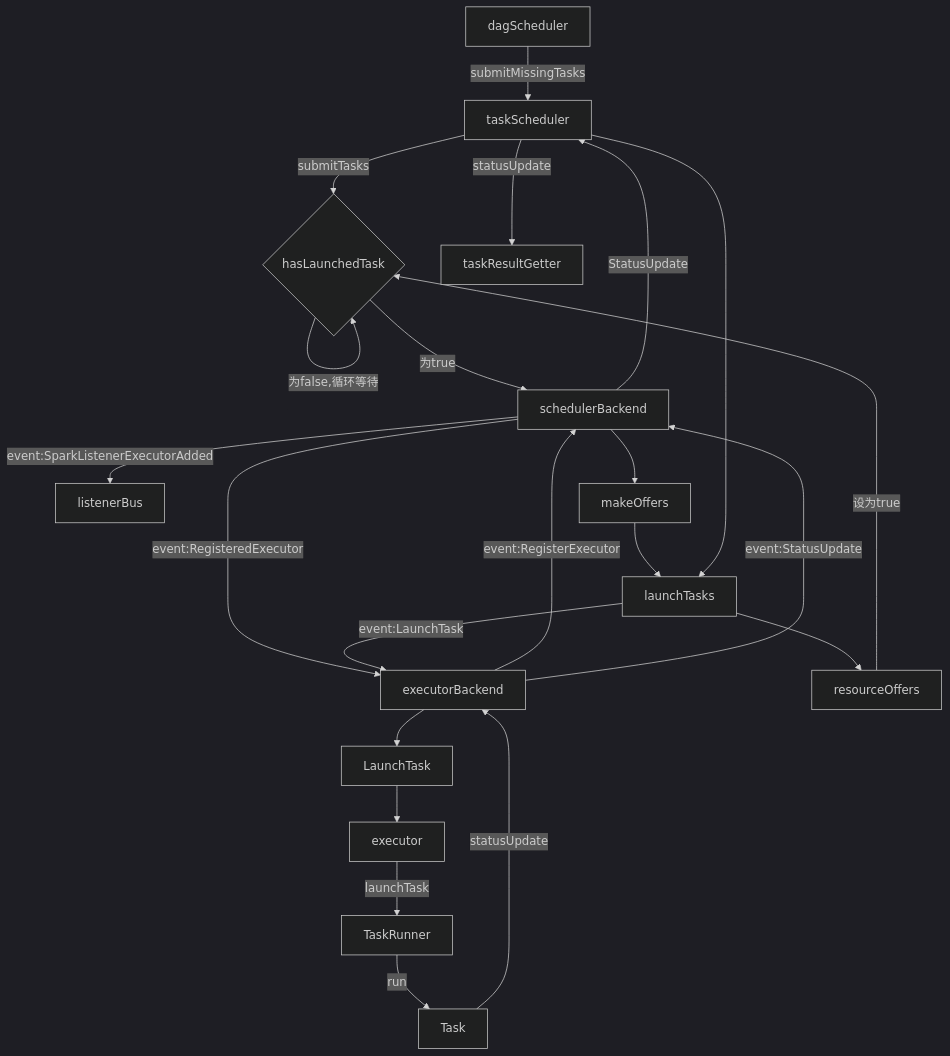
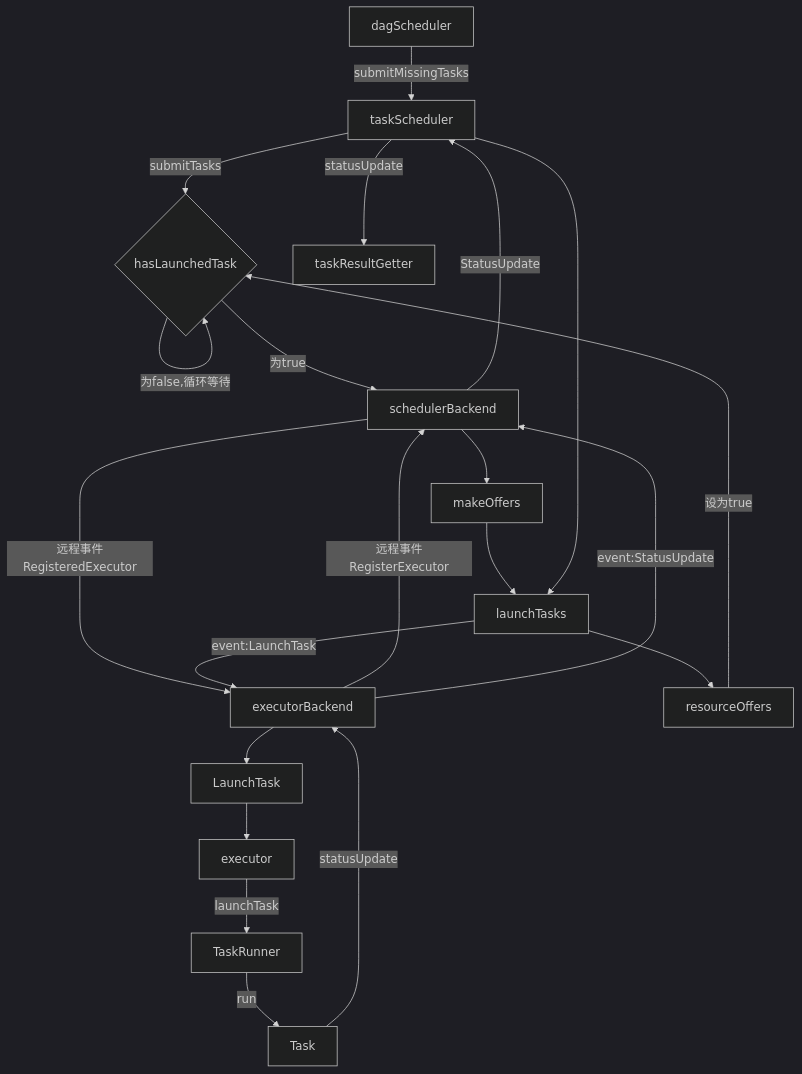
The second of 2 diagrams in _posts/2018-3-5-spark-源码分析-任务分发与执行流程.md (mzl9039/mzl9039.github.io), drawn with Mermaid (dark theme) before and after one commit.

```diff
--- a/_posts/2018-3-5-spark-源码分析-任务分发与执行流程.md
+++ b/_posts/2018-3-5-spark-源码分析-任务分发与执行流程.md
@@ -37,24 +37,23 @@
 <div class="mermaid">
 graph TD
     dagScheduler-->|submitMissingTasks|taskScheduler
     taskScheduler-->|submitTasks|hasLaunchedTask{hasLaunchedTask}
     hasLaunchedTask-->|为true|schedulerBackend
     hasLaunchedTask-->|为false,循环等待|hasLaunchedTask
-    executorBackend-->|event:RegisterExecutor|schedulerBackend
-    schedulerBackend-->|event:RegisteredExecutor|executorBackend
-    schedulerBackend-->|event:SparkListenerExecutorAdded|listenerBus
+    executorBackend-->|远程事件RegisterExecutor|schedulerBackend
+    schedulerBackend-->|远程事件RegisteredExecutor|executorBackend
     schedulerBackend-->makeOffers
     makeOffers-->launchTasks
     taskScheduler-->launchTasks
     launchTasks-->resourceOffers
     resourceOffers-->|设为true|hasLaunchedTask
     launchTasks-->|event:LaunchTask|executorBackend
     executorBackend-->LaunchTask
     LaunchTask-->executor
     executor-->|launchTask|TaskRunner
     TaskRunner-->|run|Task
     Task-->|statusUpdate|executorBackend
     executorBackend-->|event:StatusUpdate|schedulerBackend
     schedulerBackend-->|StatusUpdate|taskScheduler
     taskScheduler-->|statusUpdate|taskResultGetter
 </div>
```
